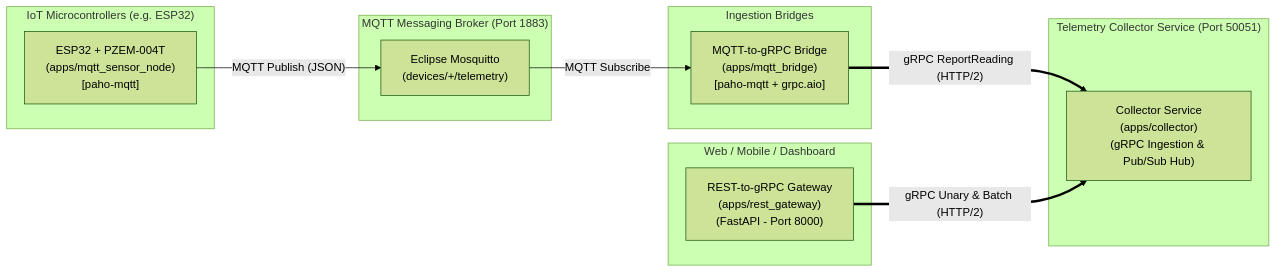
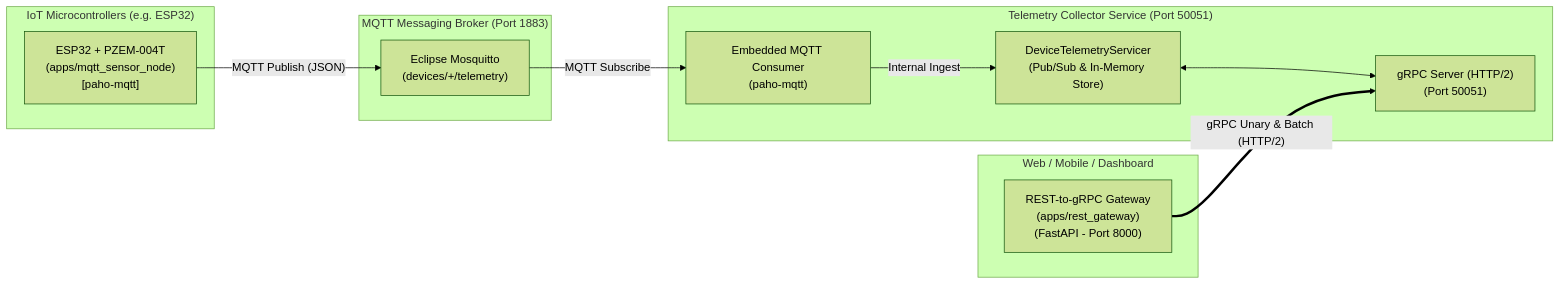
Before and after one commit to FarrelAD/Python-gRPC: the diagram in README.md, drawn with Mermaid (forest theme). The commit also changed other lines of this file and 9 other files, not shown here.

Commit message:
refactor: remove `mqtt-bridge` service

````diff
--- a/README.md
+++ b/README.md
@@ -12,27 +12,26 @@
 ```mermaid
 flowchart LR
     subgraph Microcontrollers["IoT Microcontrollers (e.g. ESP32)"]
         ESP32["ESP32 + PZEM-004T\n(apps/mqtt_sensor_node)\n[paho-mqtt]"]
     end
 
     subgraph MQTTBroker["MQTT Messaging Broker (Port 1883)"]
         Broker["Eclipse Mosquitto\n(devices/+/telemetry)"]
     end
 
-    subgraph Bridges["Ingestion Bridges"]
-        Bridge["MQTT-to-gRPC Bridge\n(apps/mqtt_bridge)\n[paho-mqtt + grpc.aio]"]
-    end
-
     subgraph Collector["Telemetry Collector Service (Port 50051)"]
-        Coll["Collector Service\n(apps/collector)\n(gRPC Ingestion & Pub/Sub Hub)"]
+        MQTTSub["Embedded MQTT Consumer\n(paho-mqtt)"]
+        Serv["DeviceTelemetryServicer\n(Pub/Sub & In-Memory Store)"]
+        gRPCServer["gRPC Server (HTTP/2)\n(Port 50051)"]
+        MQTTSub -->|"Internal Ingest"| Serv
+        Serv <--> gRPCServer
     end
 
     subgraph RESTConsumer["Web / Mobile / Dashboard"]
         REST["REST-to-gRPC Gateway\n(apps/rest_gateway)\n(FastAPI - Port 8000)"]
     end
 
     ESP32 -->|"MQTT Publish (JSON)"| Broker
-    Broker -->|"MQTT Subscribe"| Bridge
-    Bridge ==>|"gRPC ReportReading (HTTP/2)"| Coll
-    REST ==>|"gRPC Unary & Batch (HTTP/2)"| Coll
+    Broker -->|"MQTT Subscribe"| MQTTSub
+    REST ==>|"gRPC Unary & Batch (HTTP/2)"| gRPCServer
 ```
````
